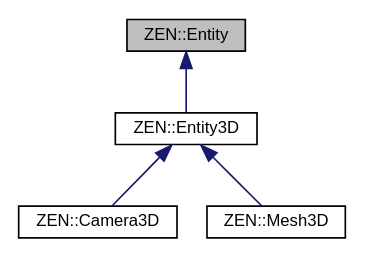
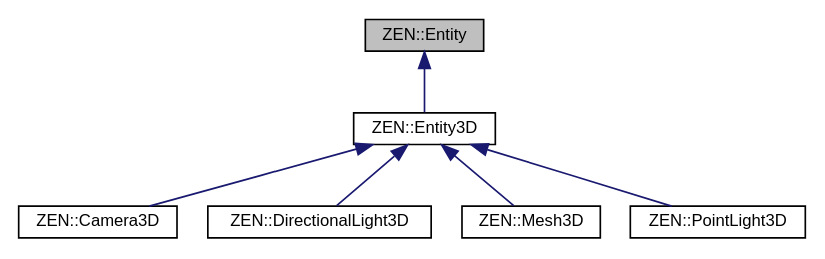
The diagram in classZEN_1_1Entity__inherit__graph.dot (markhj/zeronetics), drawn with Graphviz before and after one commit. The commit also changed 163 other files, not shown here.

```diff
--- a/classZEN_1_1Entity__inherit__graph.dot
+++ b/classZEN_1_1Entity__inherit__graph.dot
@@ -1,13 +1,17 @@
 digraph "ZEN::Entity"
 {
  // LATEX_PDF_SIZE
   edge [fontname="Helvetica",fontsize="10",labelfontname="Helvetica",labelfontsize="10"];
   node [fontname="Helvetica",fontsize="10",shape=record];
   Node1 [label="ZEN::Entity",height=0.2,width=0.4,color="black", fillcolor="grey75", style="filled", fontcolor="black",tooltip=" "];
   Node1 -> Node2 [dir="back",color="midnightblue",fontsize="10",style="solid",fontname="Helvetica"];
   Node2 [label="ZEN::Entity3D",height=0.2,width=0.4,color="black", fillcolor="white", style="filled",URL="$classZEN_1_1Entity3D.html",tooltip=" "];
   Node2 -> Node3 [dir="back",color="midnightblue",fontsize="10",style="solid",fontname="Helvetica"];
   Node3 [label="ZEN::Camera3D",height=0.2,width=0.4,color="black", fillcolor="white", style="filled",URL="$classZEN_1_1Camera3D.html",tooltip=" "];
   Node2 -> Node4 [dir="back",color="midnightblue",fontsize="10",style="solid",fontname="Helvetica"];
-  Node4 [label="ZEN::Mesh3D",height=0.2,width=0.4,color="black", fillcolor="white", style="filled",URL="$classZEN_1_1Mesh3D.html",tooltip=" "];
+  Node4 [label="ZEN::DirectionalLight3D",height=0.2,width=0.4,color="black", fillcolor="white", style="filled",URL="$classZEN_1_1DirectionalLight3D.html",tooltip=" "];
+  Node2 -> Node5 [dir="back",color="midnightblue",fontsize="10",style="solid",fontname="Helvetica"];
+  Node5 [label="ZEN::Mesh3D",height=0.2,width=0.4,color="black", fillcolor="white", style="filled",URL="$classZEN_1_1Mesh3D.html",tooltip=" "];
+  Node2 -> Node6 [dir="back",color="midnightblue",fontsize="10",style="solid",fontname="Helvetica"];
+  Node6 [label="ZEN::PointLight3D",height=0.2,width=0.4,color="black", fillcolor="white", style="filled",URL="$classZEN_1_1PointLight3D.html",tooltip=" "];
 }
```
